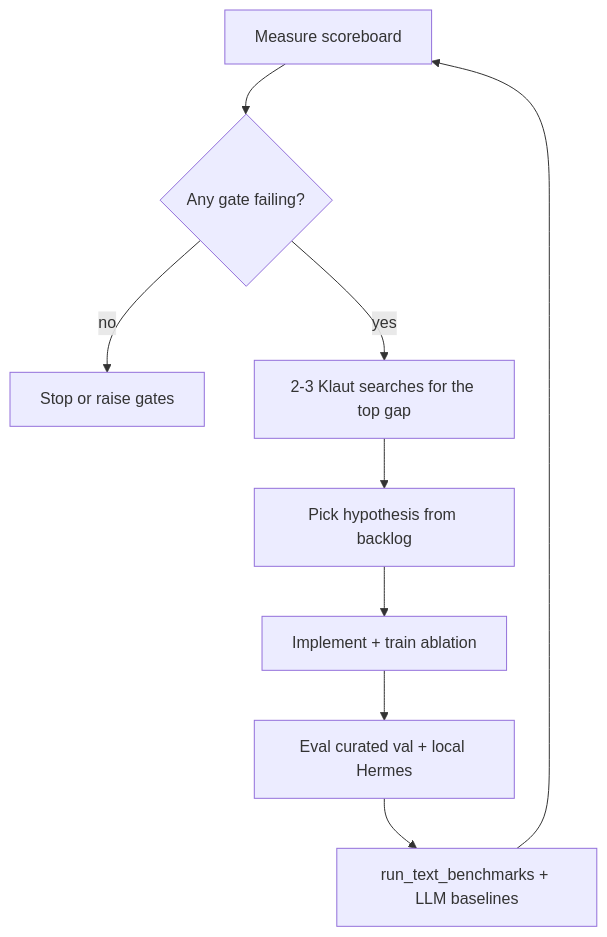
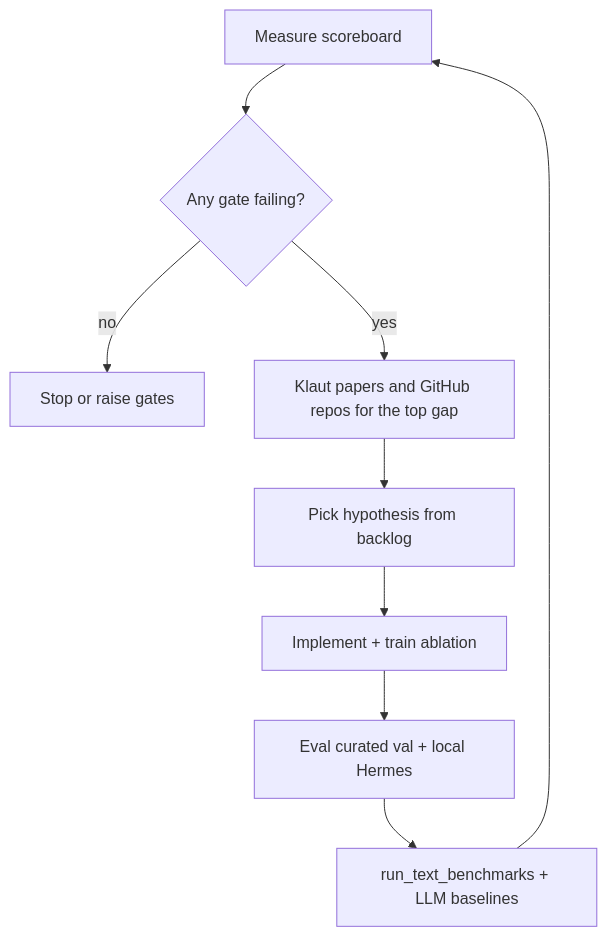
Before and after one commit to cap-jmk-real/nca_research: the diagram in docs/auto-research-loop.md, drawn with Mermaid. The commit also changed other lines of this file and 3 other files, not shown here.

First line of the commit message:
feat: search GitHub repos alongside Klaut on each intake tick

````diff
--- a/docs/auto-research-loop.md
+++ b/docs/auto-research-loop.md
@@ -105,11 +105,11 @@
 ```mermaid
 flowchart TD
   A[Measure scoreboard] --> B{Any gate failing?}
   B -->|no| Z[Stop or raise gates]
-  B -->|yes| C[2-3 Klaut searches for the top gap]
+  B -->|yes| C[Klaut papers and GitHub repos for the top gap]
   C --> D[Pick hypothesis from backlog]
   D --> E[Implement + train ablation]
   E --> F[Eval curated val + local Hermes]
   F --> G[run_text_benchmarks + LLM baselines]
   G --> A
 ```
````
